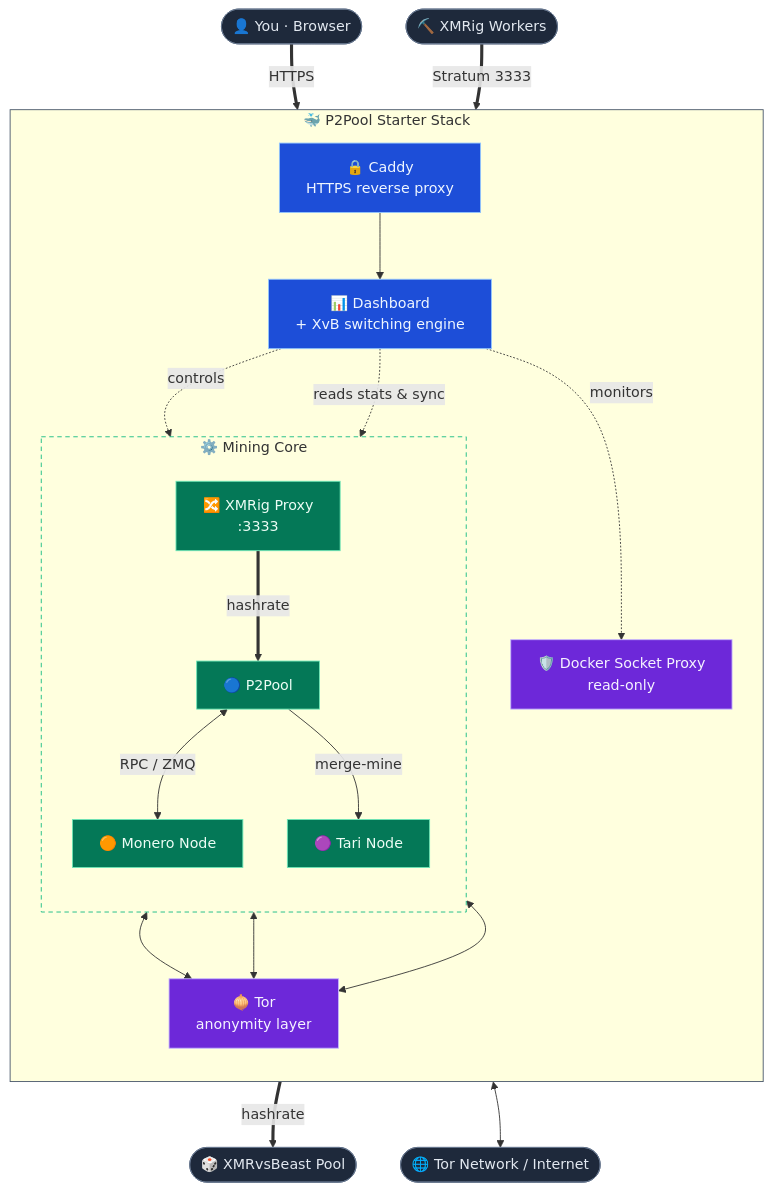
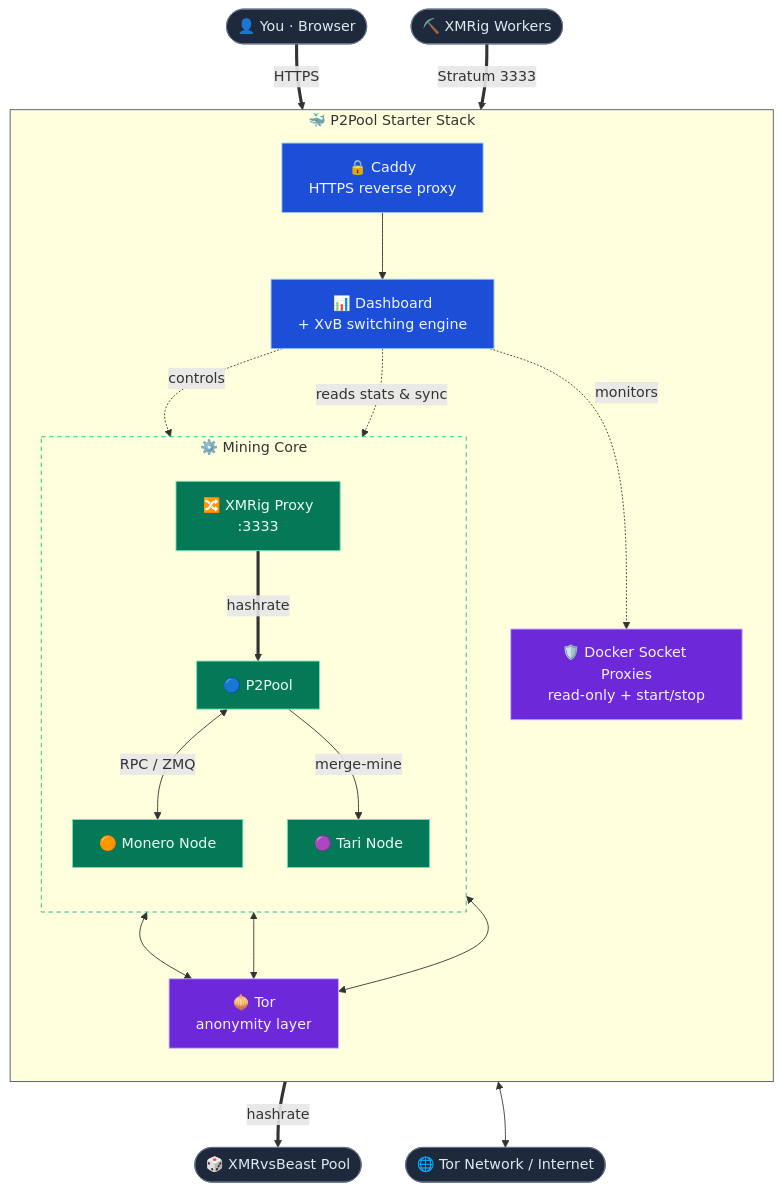
The diagram in README.md (p2pool-starter-stack/p2pool-starter-stack), drawn with Mermaid before and after one commit. The commit also changed other lines of this file and 25 other files, not shown here.

````diff
--- a/README.md
+++ b/README.md
@@ -93,57 +95,57 @@
 ```mermaid
 flowchart TB
     %% ── External actors ──
     You(["👤 You · Browser"])
     Workers(["⛏️ XMRig Workers"])
     XvB(["🎲 XMRvsBeast Pool"])
     Net(["🌐 Tor Network / Internet"])
 
     subgraph stack ["🐳 P2Pool Starter Stack"]
         direction TB
 
         Caddy["🔒 Caddy<br/>HTTPS reverse proxy"]
         Dashboard["📊 Dashboard<br/>+ XvB switching engine"]
-        DockerProxy["🛡️ Docker Socket Proxy<br/>read-only"]
+        DockerProxy["🛡️ Docker Socket Proxies<br/>read-only + start/stop"]
         Tor["🧅 Tor<br/>anonymity layer"]
 
         subgraph core ["⚙️ Mining Core"]
             direction TB
             Proxy["🔀 XMRig Proxy<br/>:3333"]
             P2Pool["🔵 P2Pool"]
             Monerod["🟠 Monero Node"]
             Tari["🟣 Tari Node"]
         end
     end
 
     You ==>|HTTPS| Caddy
     Caddy --> Dashboard
     Workers ==>|"Stratum 3333"| Proxy
 
     Dashboard -.->|controls| Proxy
     Dashboard -.->|monitors| DockerProxy
     Dashboard -.->|"reads stats & sync"| core
 
     Proxy ==>|hashrate| P2Pool
     Proxy ==>|hashrate| XvB
 
     P2Pool <-->|"RPC / ZMQ"| Monerod
     P2Pool -->|merge-mine| Tari
 
     Monerod <--> Tor
     Tari <--> Tor
     P2Pool <--> Tor
     Tor <--> Net
 
     classDef ext fill:#1e293b,stroke:#64748b,color:#e2e8f0;
     classDef ctrl fill:#1d4ed8,stroke:#93c5fd,color:#eff6ff;
     classDef priv fill:#6d28d9,stroke:#c4b5fd,color:#f5f3ff;
     classDef mine fill:#047857,stroke:#6ee7b7,color:#ecfdf5;
 
     class You,Workers,XvB,Net ext;
     class Caddy,Dashboard ctrl;
     class Tor,DockerProxy priv;
     class Proxy,P2Pool,Monerod,Tari mine;
 
     style stack stroke:#475569,stroke-width:1px;
     style core stroke:#10b981,stroke-width:1px,stroke-dasharray:5 4;
 ```
````
